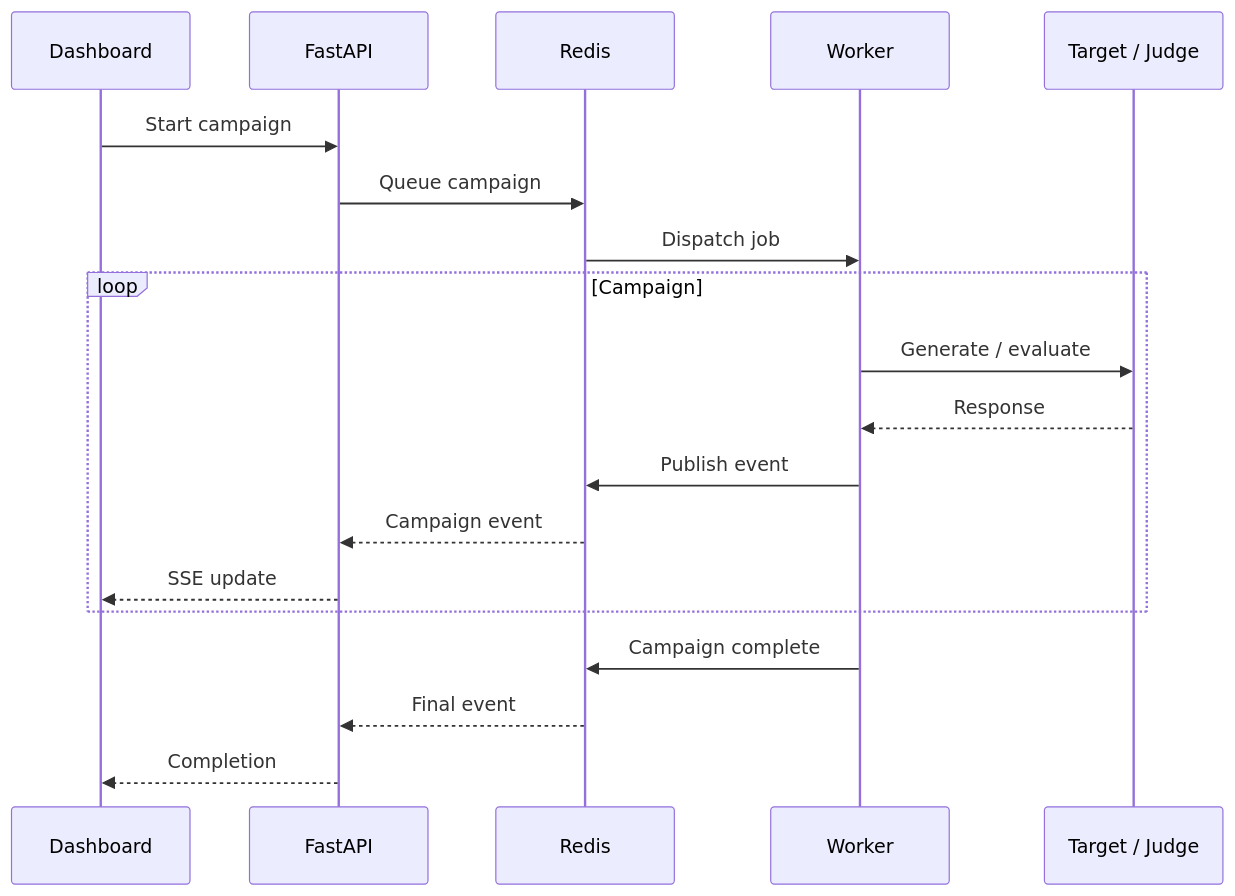
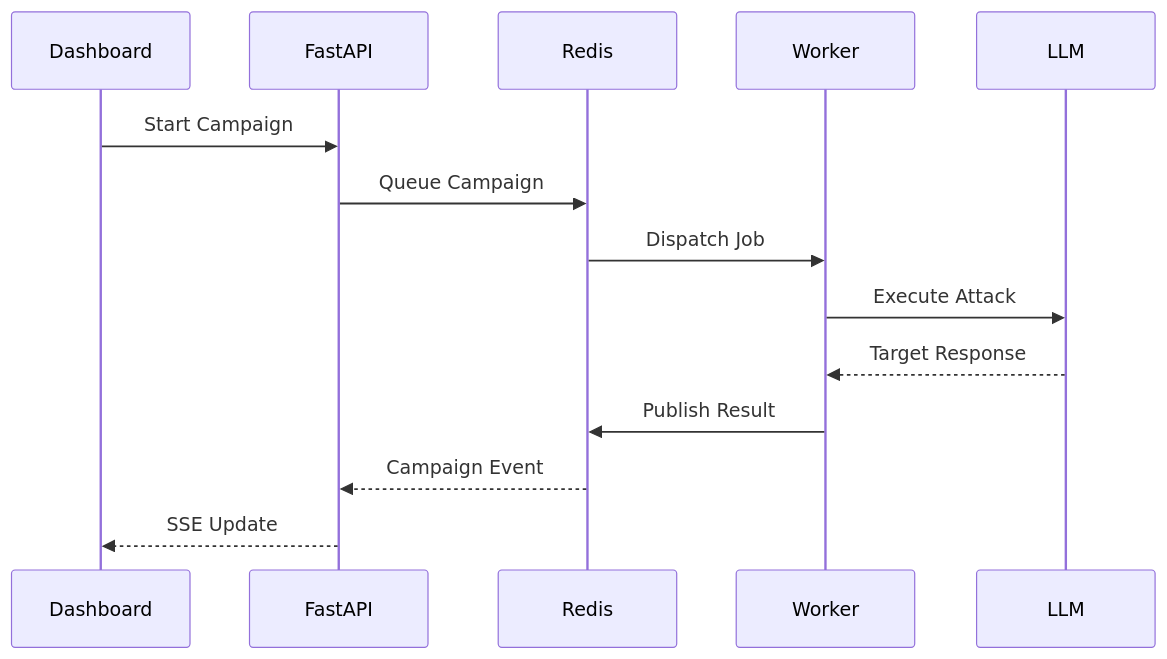
One commit to imshreyaskn/valerie changed the sixth of 6 diagrams in README.md. Above: the diagram before and after it, drawn with Mermaid. The commit also changed other lines of this file, not shown here.

````diff
--- a/README.md
+++ b/README.md
@@ -263,24 +260,17 @@
 ```mermaid
 sequenceDiagram
     participant UI as Dashboard
     participant API as FastAPI
-    participant Redis as Redis
-    participant Worker as Worker
-    participant LLM as Target / Judge
+    participant R as Redis
+    participant W as Worker
+    participant L as LLM
 
-    UI->>API: Start campaign
-    API->>Redis: Queue campaign
-    Redis->>Worker: Dispatch job
-
-    loop Campaign
-        Worker->>LLM: Generate / evaluate
-        LLM-->>Worker: Response
-        Worker->>Redis: Publish event
-        Redis-->>API: Campaign event
-        API-->>UI: SSE update
-    end
-
-    Worker->>Redis: Campaign complete
-    Redis-->>API: Final event
-    API-->>UI: Completion
+    UI->>API: Start Campaign
+    API->>R: Queue Campaign
+    R->>W: Dispatch Job
+    W->>L: Execute Attack
+    L-->>W: Target Response
+    W->>R: Publish Result
+    R-->>API: Campaign Event
+    API-->>UI: SSE Update
 ```
````
